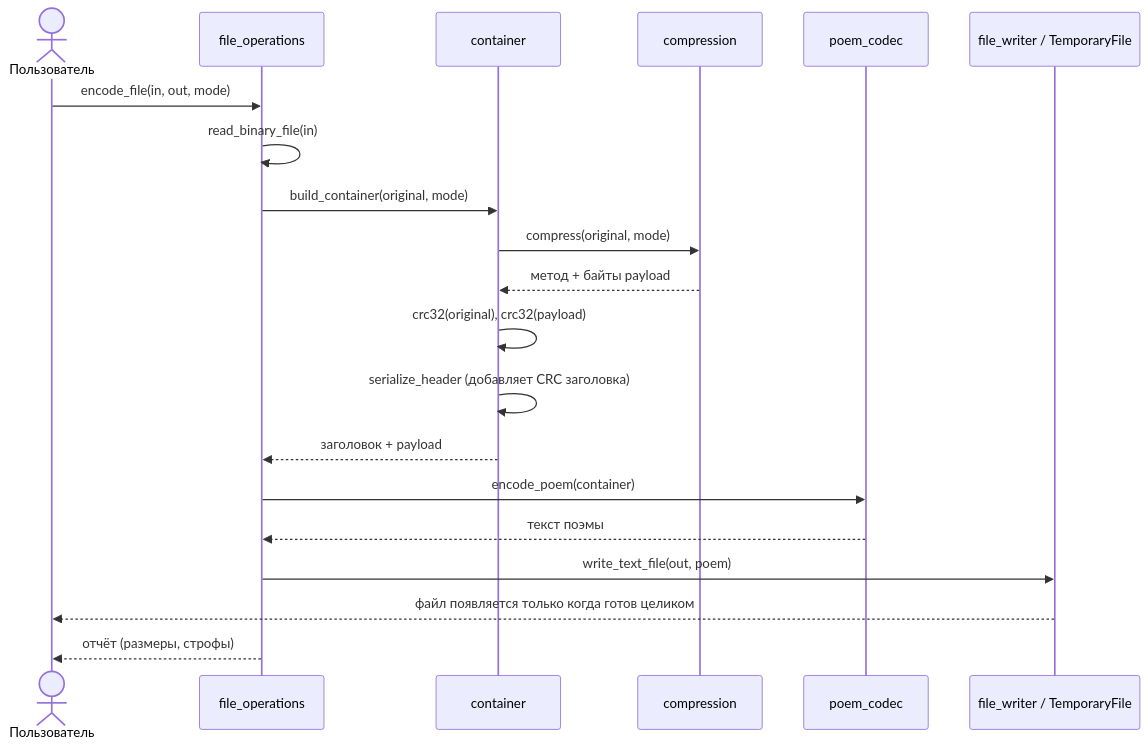
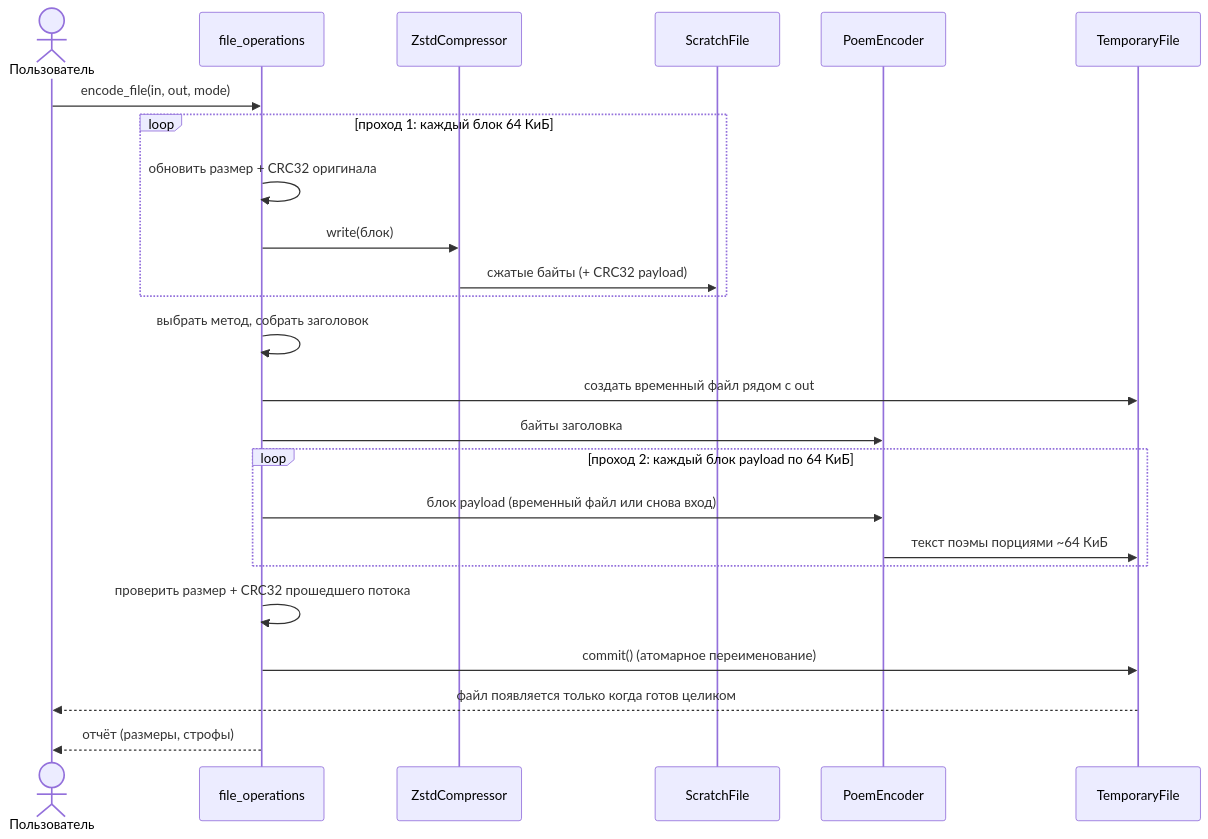
Before and after one commit to Viole1/bard-zip: the third of 7 diagrams in docs/ru/main-flow.md, drawn with Mermaid. The commit also changed other lines of this file and 36 other files, not shown here.

````diff
--- a/docs/ru/main-flow.md
+++ b/docs/ru/main-flow.md
@@ -42,22 +44,26 @@
 ```mermaid
 sequenceDiagram
     actor U as Пользователь
     participant FO as file_operations
-    participant CT as container
-    participant CP as compression
-    participant PC as poem_codec
-    participant IO as file_writer / TemporaryFile
+    participant CP as ZstdCompressor
+    participant SC as ScratchFile
+    participant PC as PoemEncoder
+    participant IO as TemporaryFile
     U->>FO: encode_file(in, out, mode)
-    FO->>FO: read_binary_file(in)
-    FO->>CT: build_container(original, mode)
-    CT->>CP: compress(original, mode)
-    CP-->>CT: метод + байты payload
-    CT->>CT: crc32(original), crc32(payload)
-    CT->>CT: serialize_header (добавляет CRC заголовка)
-    CT-->>FO: заголовок + payload
-    FO->>PC: encode_poem(container)
-    PC-->>FO: текст поэмы
-    FO->>IO: write_text_file(out, poem)
+    loop проход 1: каждый блок 64 КиБ
+        FO->>FO: обновить размер + CRC32 оригинала
+        FO->>CP: write(блок)
+        CP->>SC: сжатые байты (+ CRC32 payload)
+    end
+    FO->>FO: выбрать метод, собрать заголовок
+    FO->>IO: создать временный файл рядом с out
+    FO->>PC: байты заголовка
+    loop проход 2: каждый блок payload по 64 КиБ
+        FO->>PC: блок payload (временный файл или снова вход)
+        PC->>IO: текст поэмы порциями ~64 КиБ
+    end
+    FO->>FO: проверить размер + CRC32 прошедшего потока
+    FO->>IO: commit() (атомарное переименование)
     IO-->>U: файл появляется только когда готов целиком
     FO-->>U: отчёт (размеры, строфы)
 ```
````
